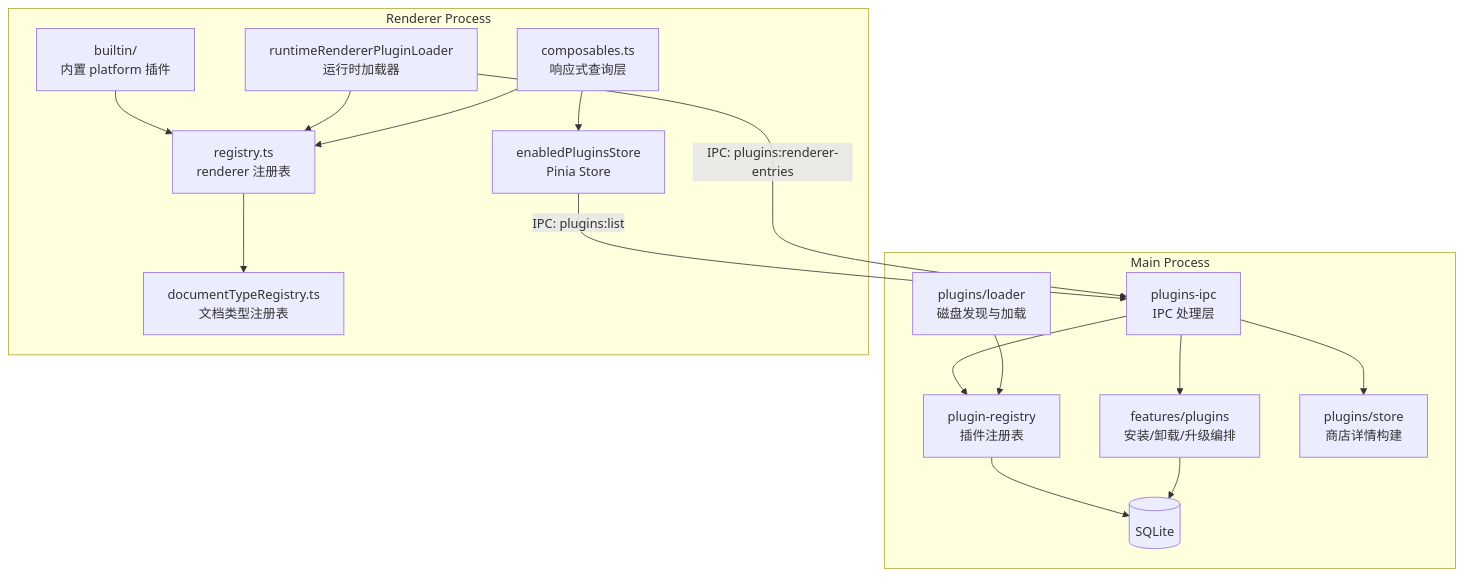
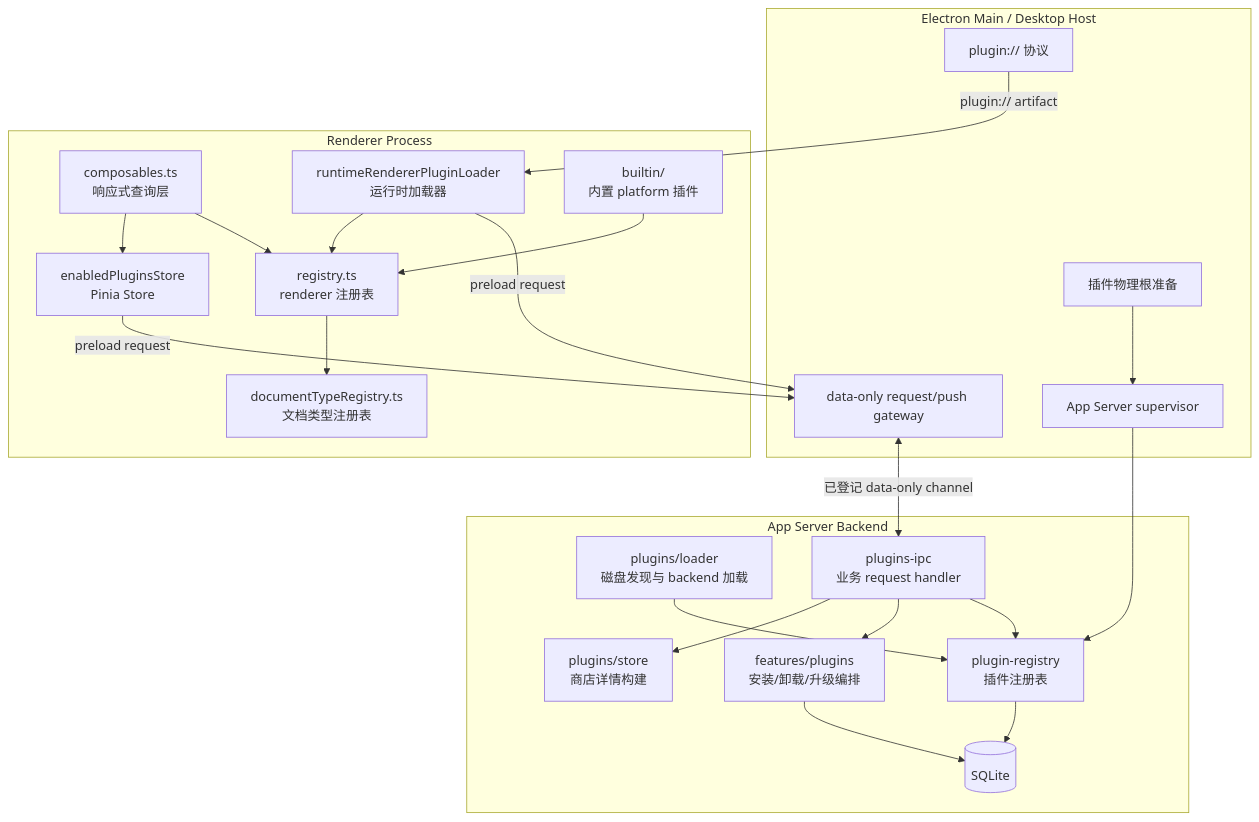
One commit to linnlabs/linnya changed the first of 6 diagrams in docs/plugins/architecture.md. Above: the diagram before and after it, drawn with Mermaid. The commit also changed other lines of this file and 18 other files, not shown here.

````diff
--- a/docs/plugins/architecture.md
+++ b/docs/plugins/architecture.md
@@ -11,35 +11,46 @@
 ```mermaid
 graph TB
-    subgraph Main Process
+    subgraph Backend["App Server Backend"]
         PR[plugin-registry<br/>插件注册表]
-        PL[plugins/loader<br/>磁盘发现与加载]
-        IPC[plugins-ipc<br/>IPC 处理层]
+        PL[plugins/loader<br/>磁盘发现与 backend 加载]
+        REQ[plugins-ipc<br/>业务 request handler]
         FP[features/plugins<br/>安装/卸载/升级编排]
         PS[plugins/store<br/>商店详情构建]
         DB[(SQLite)]
     end
 
-    subgraph Renderer Process
+    subgraph Desktop["Electron Main / Desktop Host"]
+        ENV[插件物理根准备]
+        PROTOCOL[plugin:// 协议]
+        GATEWAY[data-only request/push gateway]
+        SUPERVISOR[App Server supervisor]
+    end
+
+    subgraph Renderer["Renderer Process"]
         RR[registry.ts<br/>renderer 注册表]
         DTR[documentTypeRegistry.ts<br/>文档类型注册表]
         COM[composables.ts<br/>响应式查询层]
         EPS[enabledPluginsStore<br/>Pinia Store]
         RDL[runtimeRendererPluginLoader<br/>运行时加载器]
         BLT[builtin/<br/>内置 platform 插件]
     end
 
+    ENV --> SUPERVISOR
+    SUPERVISOR --> PR
     PL --> PR
-    IPC --> PR
-    IPC --> FP
+    REQ --> PR
+    REQ --> FP
     FP --> DB
-    IPC --> PS
+    REQ --> PS
     PR --> DB
 
-    RDL -->|IPC: plugins:renderer-entries| IPC
-    EPS -->|IPC: plugins:list| IPC
+    RDL -->|preload request| GATEWAY
+    EPS -->|preload request| GATEWAY
+    GATEWAY <-->|已登记 data-only channel| REQ
+    PROTOCOL -->|plugin:// artifact| RDL
     COM --> RR
     COM --> EPS
     RDL --> RR
     BLT --> RR
     RR --> DTR
 ```
````
